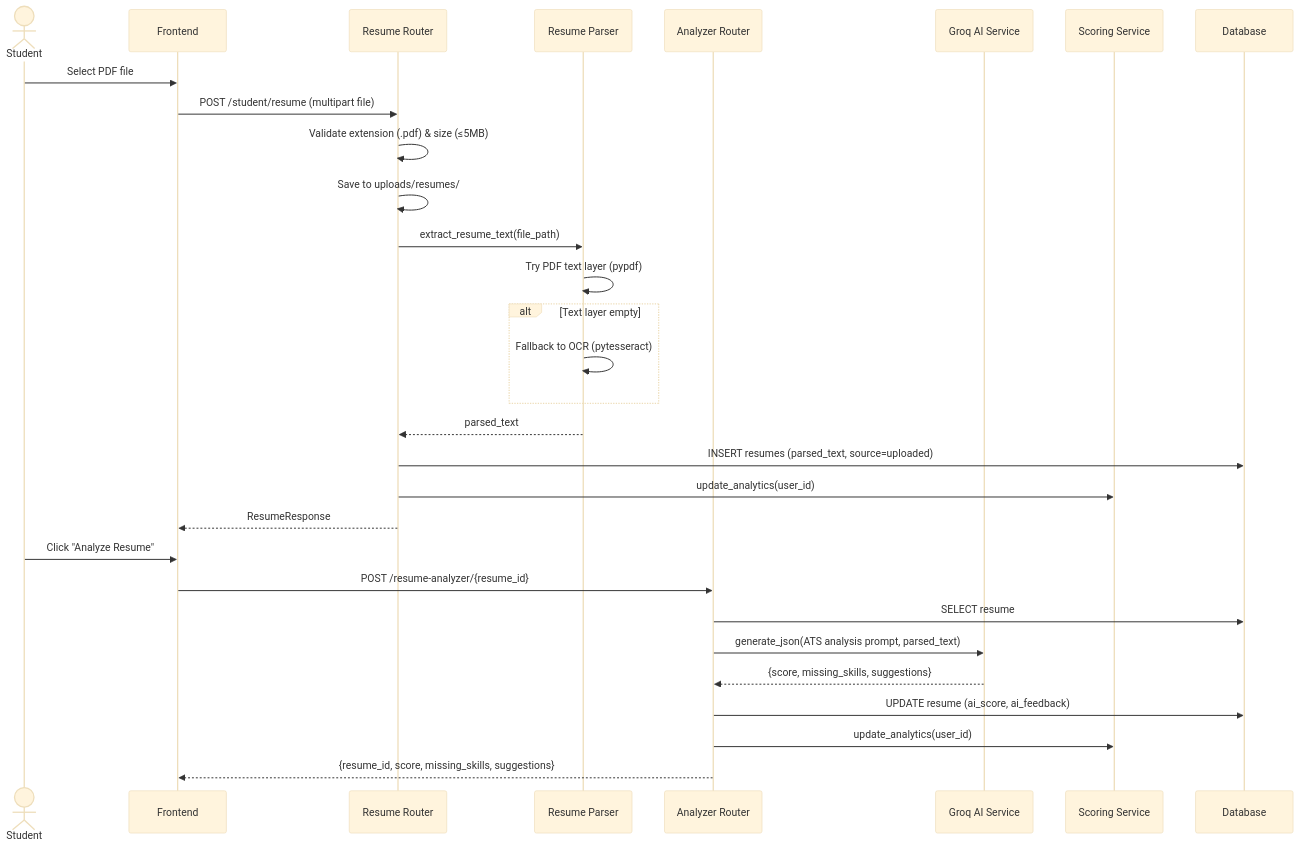
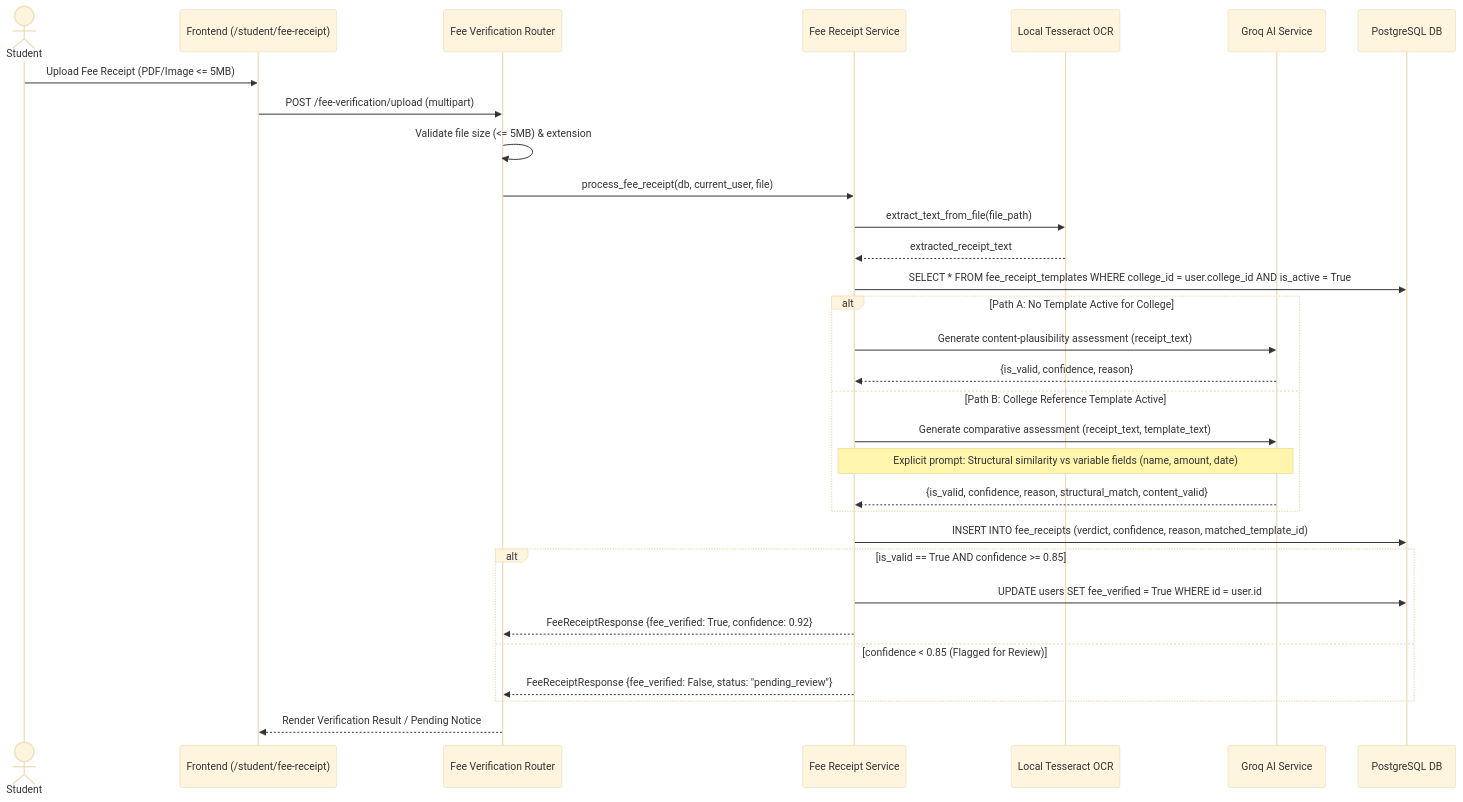
Before and after one commit to prathamraval33/7th-sem-project: diagram 12 of 39 in info.md, drawn with Mermaid (base theme). The commit also changed other lines of this file and 11 other files, not shown here.

````diff
--- a/info.md
+++ b/info.md
@@ -1106,34 +2269,34 @@
 ```mermaid
 sequenceDiagram
     actor Student
-    participant FE as Frontend
-    participant Resume as Resume Router
-    participant Parser as Resume Parser
-    participant Analyzer as Analyzer Router
+    participant FE as Frontend (/student/fee-receipt)
+    participant FeeRouter as Fee Verification Router
+    participant FeeSvc as Fee Receipt Service
+    participant OCR as Local Tesseract OCR
     participant Groq as Groq AI Service
-    participant Scoring as Scoring Service
-    participant DB as Database
+    participant DB as PostgreSQL DB
 
-    Student->>FE: Select PDF file
-    FE->>Resume: POST /student/resume (multipart file)
-    Resume->>Resume: Validate extension (.pdf) & size (≤5MB)
-    Resume->>Resume: Save to uploads/resumes/
-    Resume->>Parser: extract_resume_text(file_path)
-    Parser->>Parser: Try PDF text layer (pypdf)
-    alt Text layer empty
-        Parser->>Parser: Fallback to OCR (pytesseract)
+    Student->>FE: Upload Fee Receipt (PDF/Image <= 5MB)
+    FE->>FeeRouter: POST /fee-verification/upload (multipart)
+    FeeRouter->>FeeRouter: Validate file size (<= 5MB) & extension
+    FeeRouter->>FeeSvc: process_fee_receipt(db, current_user, file)
+    FeeSvc->>OCR: extract_text_from_file(file_path)
+    OCR-->>FeeSvc: extracted_receipt_text
+    FeeSvc->>DB: SELECT * FROM fee_receipt_templates WHERE college_id = user.college_id AND is_active = True
+    alt Path A: No Template Active for College
+        FeeSvc->>Groq: Generate content-plausibility assessment (receipt_text)
+        Groq-->>FeeSvc: {is_valid, confidence, reason}
+    else Path B: College Reference Template Active
+        FeeSvc->>Groq: Generate comparative assessment (receipt_text, template_text)
+        Note over FeeSvc, Groq: Explicit prompt: Structural similarity vs variable fields (name, amount, date)
+        Groq-->>FeeSvc: {is_valid, confidence, reason, structural_match, content_valid}
     end
-    Parser-->>Resume: parsed_text
-    Resume->>DB: INSERT resumes (parsed_text, source=uploaded)
-    Resume->>Scoring: update_analytics(user_id)
-    Resume-->>FE: ResumeResponse
-
-    Student->>FE: Click "Analyze Resume"
-    FE->>Analyzer: POST /resume-analyzer/{resume_id}
-    Analyzer->>DB: SELECT resume
-    Analyzer->>Groq: generate_json(ATS analysis prompt, parsed_text)
-    Groq-->>Analyzer: {score, missing_skills, suggestions}
-    Analyzer->>DB: UPDATE resume (ai_score, ai_feedback)
-    Analyzer->>Scoring: update_analytics(user_id)
-    Analyzer-->>FE: {resume_id, score, missing_skills, suggestions}
+    FeeSvc->>DB: INSERT INTO fee_receipts (verdict, confidence, reason, matched_template_id)
+    alt is_valid == True AND confidence >= 0.85
+        FeeSvc->>DB: UPDATE users SET fee_verified = True WHERE id = user.id
+        FeeSvc-->>FeeRouter: FeeReceiptResponse {fee_verified: True, confidence: 0.92}
+    else confidence < 0.85 (Flagged for Review)
+        FeeSvc-->>FeeRouter: FeeReceiptResponse {fee_verified: False, status: "pending_review"}
+    end
+    FeeRouter-->>FE: Render Verification Result / Pending Notice
 ```
````
